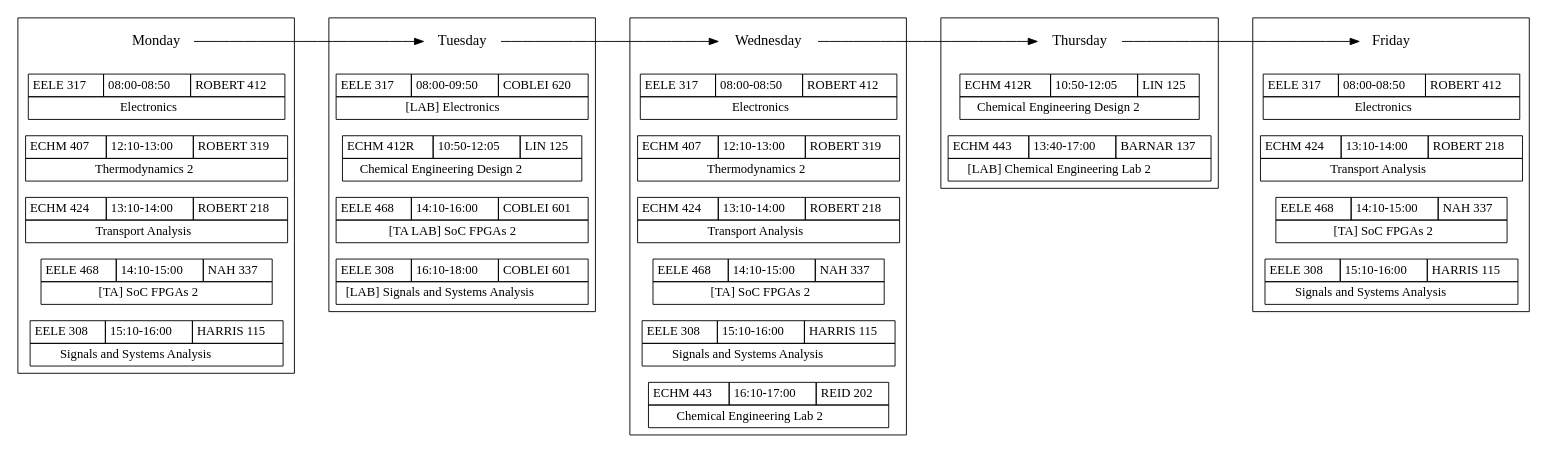
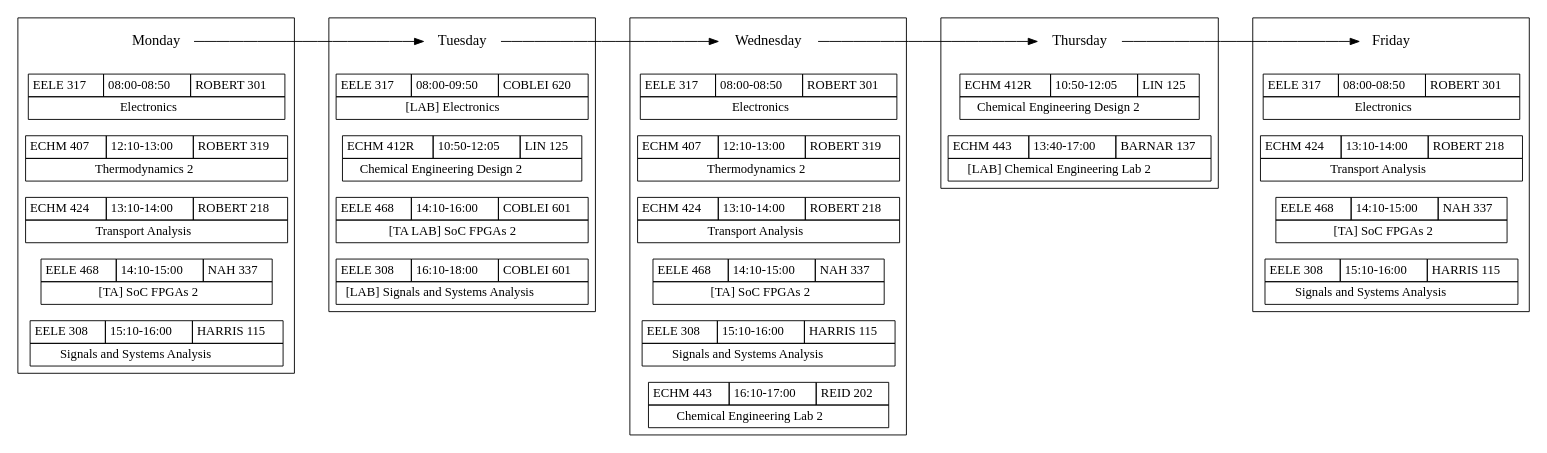
Before and after one commit to w-culhane/schedule-flowchart: the diagram in schedule_4-senior-sem-2-spring.gv, drawn with Graphviz.

Commit message:
Update course location

```diff
--- a/schedule_4-senior-sem-2-spring.gv
+++ b/schedule_4-senior-sem-2-spring.gv
@@ -14,7 +14,7 @@
 		 <TR>
 		 <TD>EELE 317</TD>
 		 <TD>08:00-08:50</TD>
-		 <TD>ROBERT 412</TD>
+		 <TD>ROBERT 301</TD>
 		 </TR>
 		 <TR><TD COLSPAN="3">Electronics</TD></TR>
 		 </TABLE>>];
@@ -112,7 +112,7 @@
 		 <TR>
 		 <TD>EELE 317</TD>
 		 <TD>08:00-08:50</TD>
-		 <TD>ROBERT 412</TD>
+		 <TD>ROBERT 301</TD>
 		 </TR>
 		 <TR><TD COLSPAN="3">Electronics</TD></TR>
 		 </TABLE>>];
@@ -200,7 +200,7 @@
 		 <TR>
 		 <TD>EELE 317</TD>
 		 <TD>08:00-08:50</TD>
-		 <TD>ROBERT 412</TD>
+		 <TD>ROBERT 301</TD>
 		 </TR>
 		 <TR><TD COLSPAN="3">Electronics</TD></TR>
 		 </TABLE>>];
```
